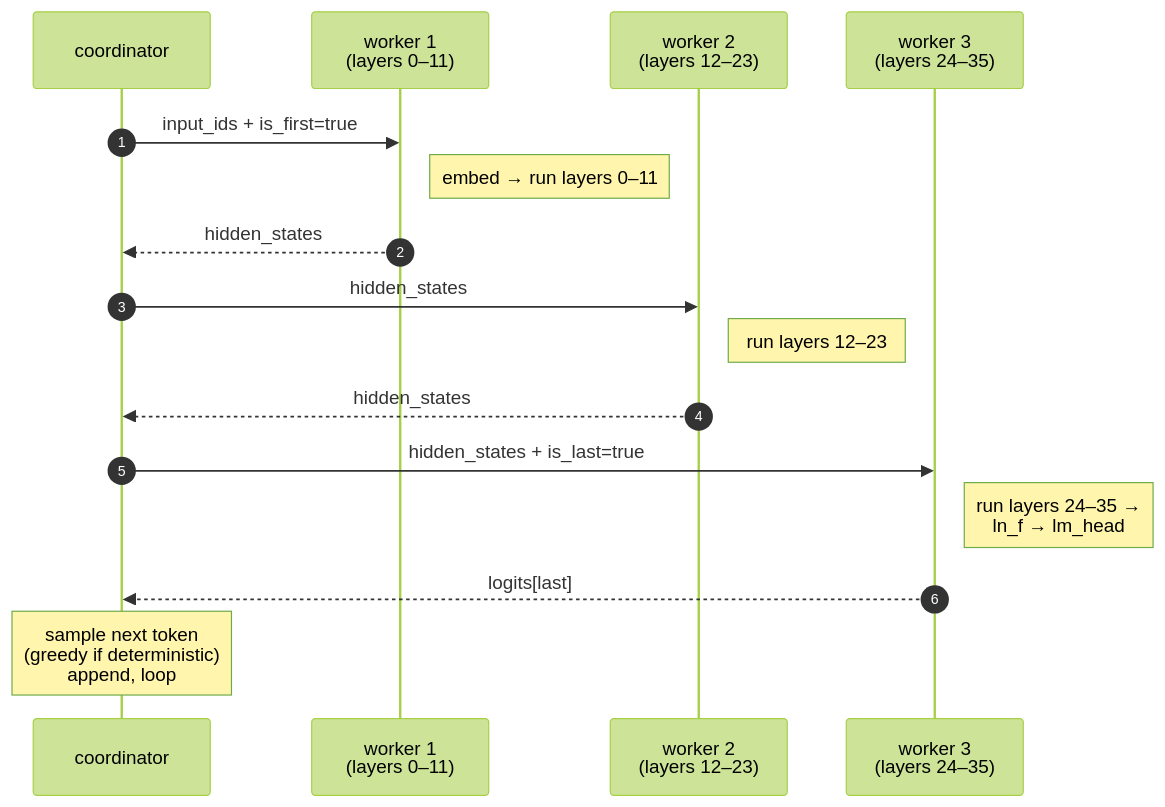
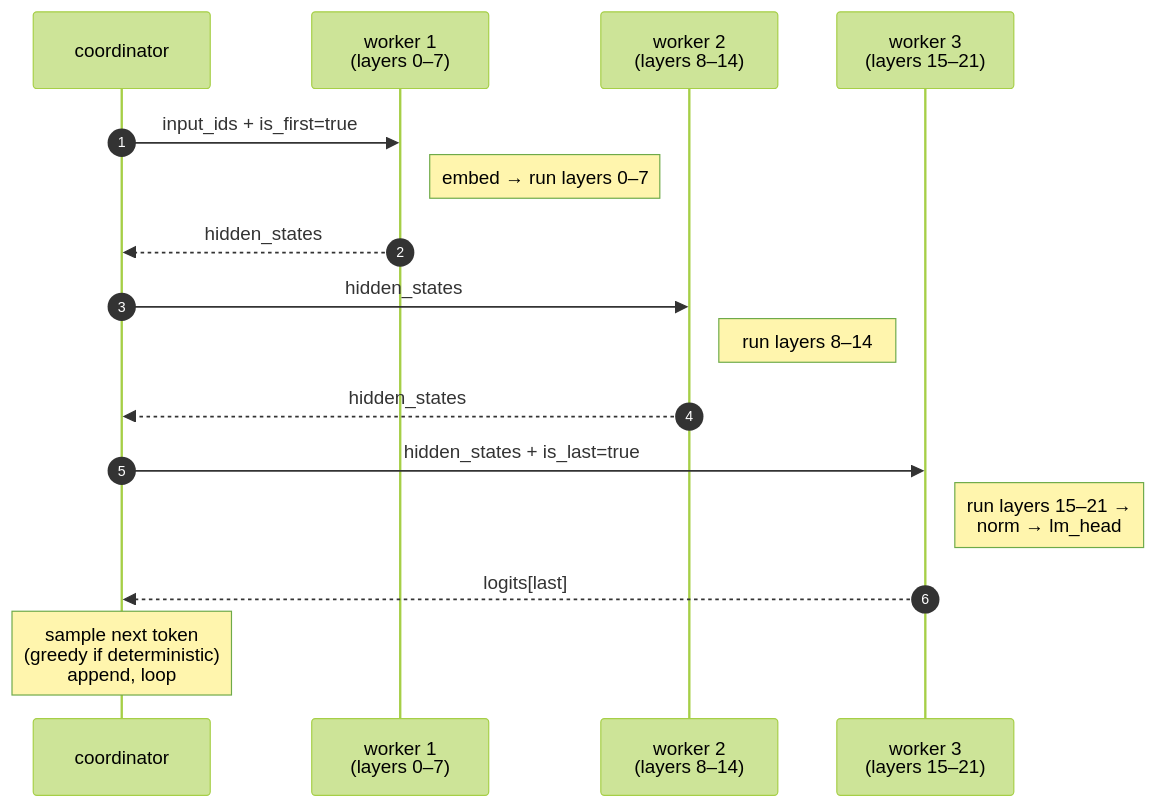
One commit to Nixxx19/lattice9 changed the second of 3 diagrams in README.md. Above: the diagram before and after it, drawn with Mermaid (forest theme). The commit also changed other lines of this file and 9 other files, not shown here.

````diff
--- a/README.md
+++ b/README.md
@@ -60,19 +60,19 @@
 ```mermaid
 sequenceDiagram
     autonumber
     participant c as coordinator
-    participant w1 as worker 1<br/>(layers 0–11)
-    participant w2 as worker 2<br/>(layers 12–23)
-    participant w3 as worker 3<br/>(layers 24–35)
+    participant w1 as worker 1<br/>(layers 0–7)
+    participant w2 as worker 2<br/>(layers 8–14)
+    participant w3 as worker 3<br/>(layers 15–21)
 
     c->>w1: input_ids + is_first=true
-    note right of w1: embed → run layers 0–11
+    note right of w1: embed → run layers 0–7
     w1-->>c: hidden_states
     c->>w2: hidden_states
-    note right of w2: run layers 12–23
+    note right of w2: run layers 8–14
     w2-->>c: hidden_states
     c->>w3: hidden_states + is_last=true
-    note right of w3: run layers 24–35 →<br/>ln_f → lm_head
+    note right of w3: run layers 15–21 →<br/>norm → lm_head
     w3-->>c: logits[last]
     note over c: sample next token<br/>(greedy if deterministic)<br/>append, loop
 ```
````
